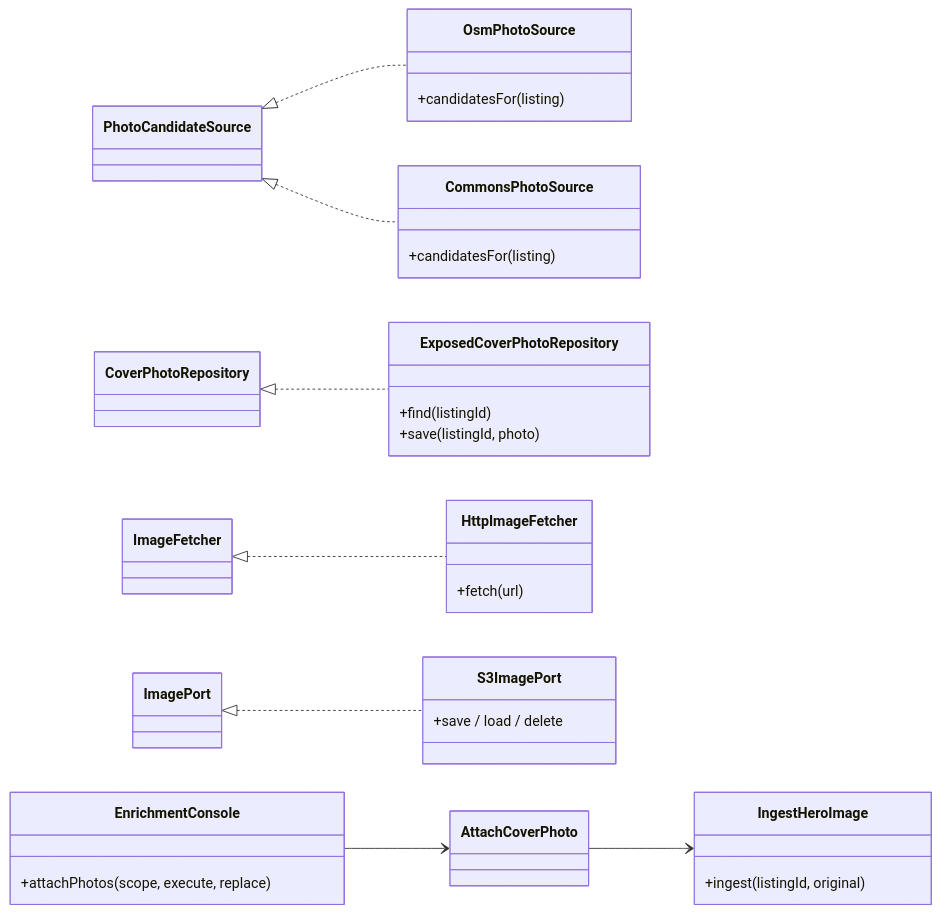
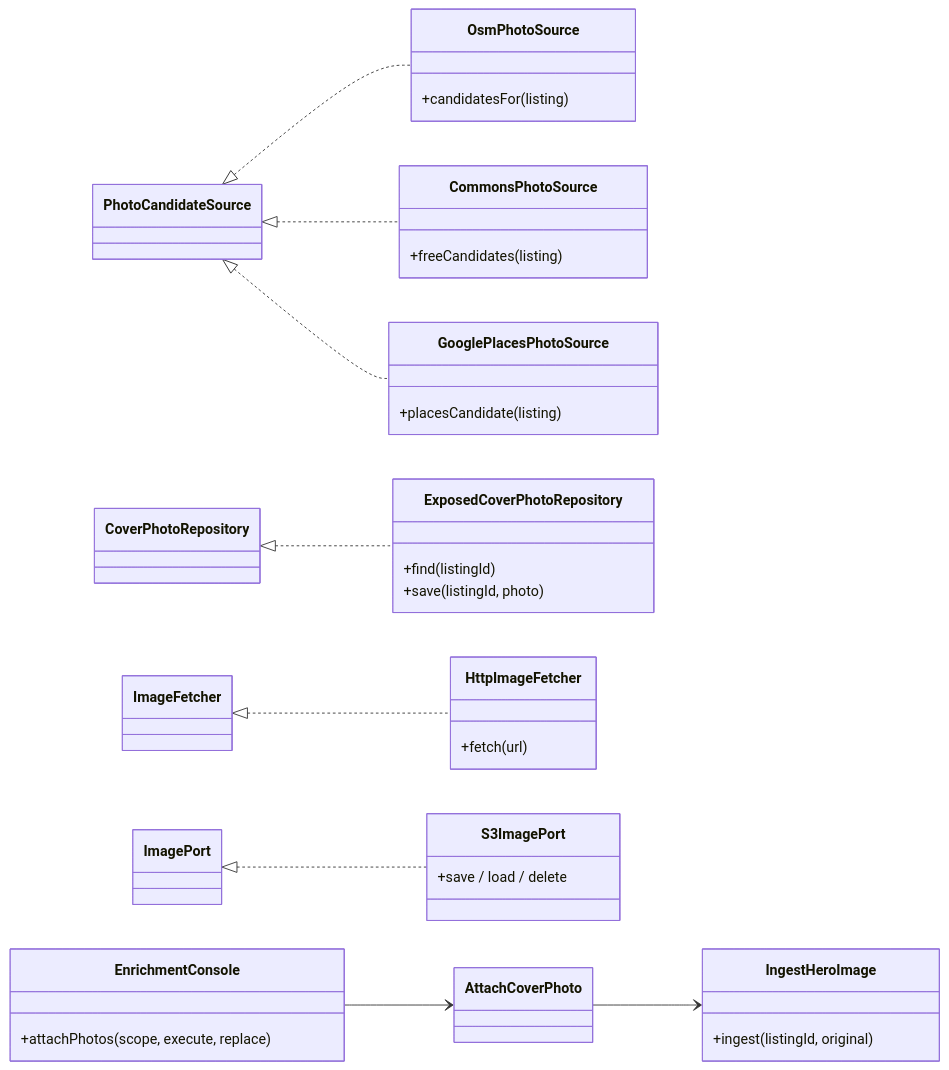
Before and after one commit to Losers-Lab/tahirs-list: the fourth of 4 diagrams in docs/features/SC-231/05-class-diagram-system.md, drawn with Mermaid. The commit also changed other lines of this file and 11 other files, not shown here.

````diff
--- a/docs/features/SC-231/05-class-diagram-system.md
+++ b/docs/features/SC-231/05-class-diagram-system.md
@@ -165,34 +171,38 @@
 ```mermaid
 classDiagram
   direction LR
   class EnrichmentConsole {
     +attachPhotos(scope, execute, replace)
   }
   class OsmPhotoSource {
     +candidatesFor(listing)
   }
   class CommonsPhotoSource {
-    +candidatesFor(listing)
+    +freeCandidates(listing)
+  }
+  class GooglePlacesPhotoSource {
+    +placesCandidate(listing)
   }
   class ExposedCoverPhotoRepository {
     +find(listingId)
     +save(listingId, photo)
   }
   class HttpImageFetcher {
     +fetch(url)
   }
   class S3ImagePort {
     +save / load / delete
   }
   class IngestHeroImage {
     +ingest(listingId, original)
   }
 
   EnrichmentConsole --> AttachCoverPhoto
   PhotoCandidateSource <|.. OsmPhotoSource
   PhotoCandidateSource <|.. CommonsPhotoSource
+  PhotoCandidateSource <|.. GooglePlacesPhotoSource
   CoverPhotoRepository <|.. ExposedCoverPhotoRepository
   ImageFetcher <|.. HttpImageFetcher
   ImagePort <|.. S3ImagePort
   AttachCoverPhoto --> IngestHeroImage
 ```
````
